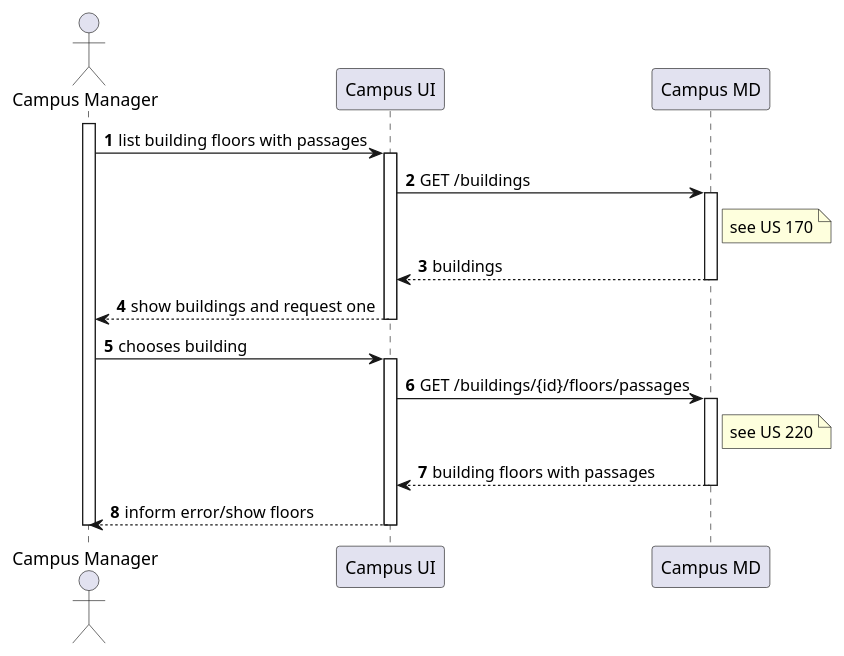
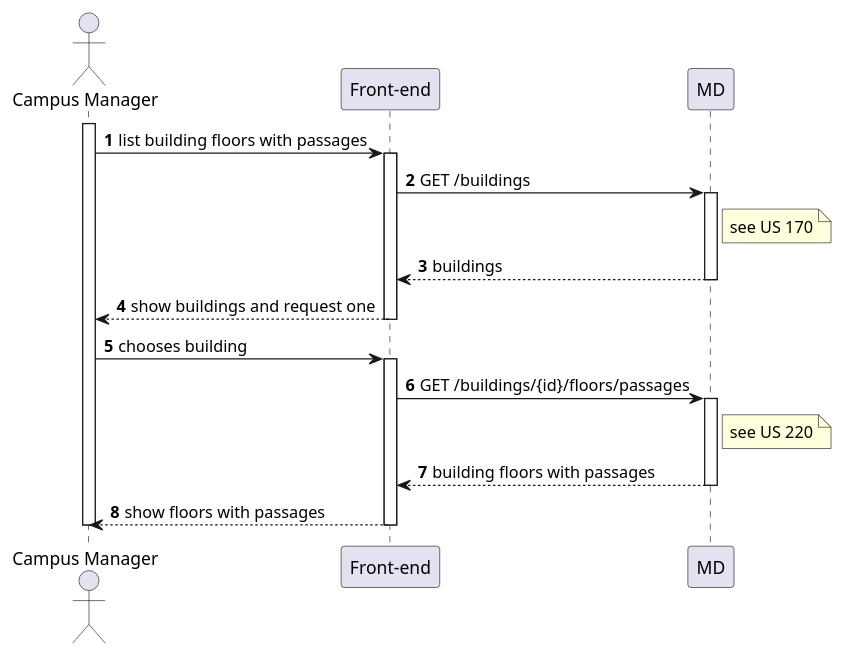
One commit to Departamento-de-Engenharia-Informatica/lapr5-23-24-g19 changed the diagram in docs/us1200/level2/process-view.puml. Above: the diagram before and after it, drawn with PlantUML. The commit also changed 2 other files, not shown here.

```diff
--- a/docs/us1200/level2/process-view.puml
+++ b/docs/us1200/level2/process-view.puml
@@ -1,33 +1,33 @@
 @startuml
 autonumber
 
 actor "Campus Manager" as usr
 
-participant "Campus UI" as ui
-participant "Campus MD" as md
+participant "Front-end" as ui
+participant "MD" as md
 
 activate usr
     usr -> ui : list building floors with passages
     activate ui
         ui -> md : GET /buildings
         activate md
             note right of md : see US 170
             md --> ui : buildings
         deactivate md
 
         ui --> usr : show buildings and request one
     deactivate ui
 
     usr -> ui : chooses building
     activate ui
         ui -> md : GET /buildings/{id}/floors/passages
         activate md
             note right of md : see US 220
             md --> ui : building floors with passages
         deactivate md
 
-        ui --> usr : inform error/show floors
+        ui --> usr : show floors with passages
     deactivate ui
 deactivate usr
 
 @enduml
```
